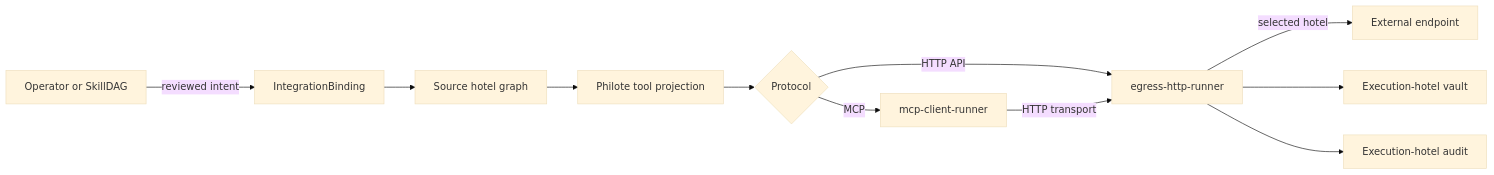
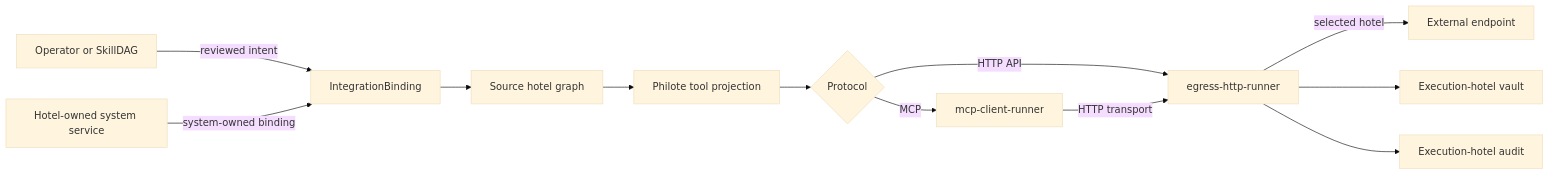
One commit to likesjx/philotic-stack changed the first of 5 diagrams in docs/architecture/OUTBOUND_INTEGRATIONS.md. Above: the diagram before and after it, drawn with Mermaid (base theme). The commit also changed other lines of this file and 26 other files, not shown here.

````diff
--- a/docs/architecture/OUTBOUND_INTEGRATIONS.md
+++ b/docs/architecture/OUTBOUND_INTEGRATIONS.md
@@ -48,13 +49,14 @@
 ```mermaid
 flowchart LR
     O[Operator or SkillDAG] -->|reviewed intent| B[IntegrationBinding]
+    H[Hotel-owned system service] -->|system-owned binding| B
     B --> G[Source hotel graph]
     G --> P[Philote tool projection]
     P --> R{Protocol}
     R -->|HTTP API| E[egress-http-runner]
     R -->|MCP| M[mcp-client-runner]
     M -->|HTTP transport| E
     E -->|selected hotel| X[External endpoint]
     E --> V[Execution-hotel vault]
     E --> A[Execution-hotel audit]
 ```
````
